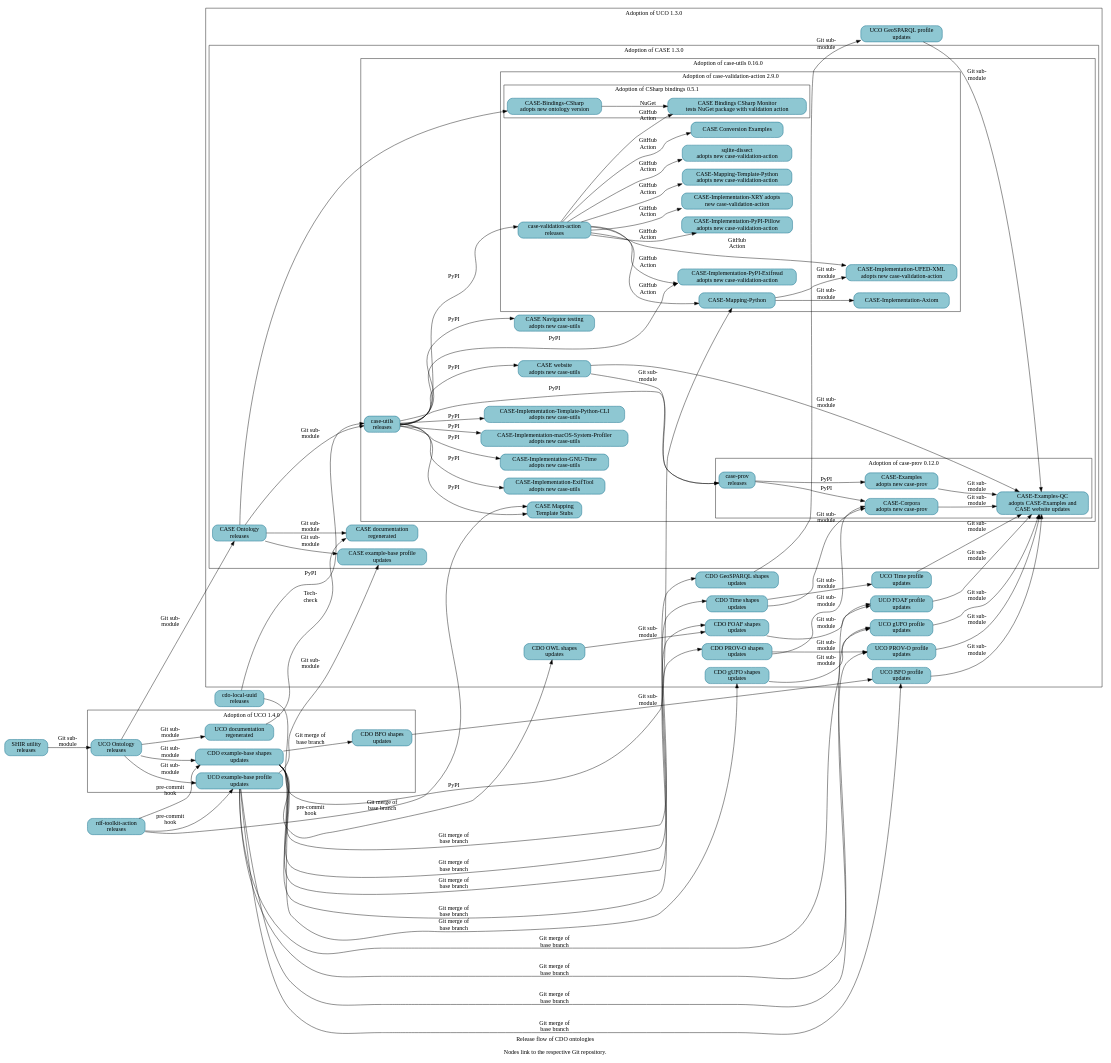
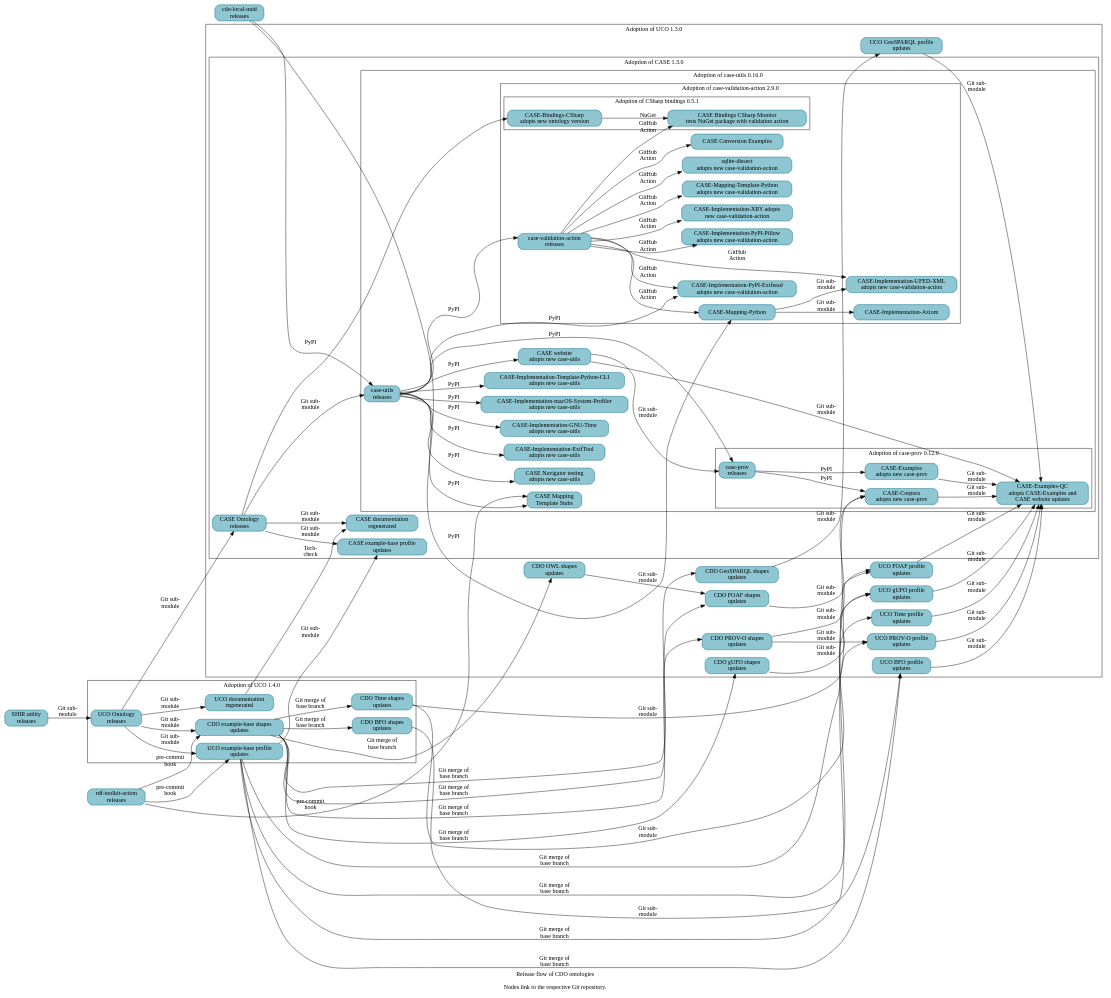
One commit to Cyber-Domain-Ontology/cdo.github.io changed the diagram in resources/project_release_flow.dot. Above: the diagram before and after it, drawn with Graphviz. The commit also changed other lines of this file, not shown here.

```diff
--- a/resources/project_release_flow.dot
+++ b/resources/project_release_flow.dot
@@ -15,7 +15,6 @@
     _GH__CYBER_DOMAIN_ONTOLOGY__CDO_SHAPES_GUFO [URL="https://github.com/Cyber-Domain-Ontology/CDO-Shapes-gufo" label="CDO gUFO shapes\nupdates"] ;
     _GH__CYBER_DOMAIN_ONTOLOGY__CDO_SHAPES_OWL [URL="https://github.com/Cyber-Domain-Ontology/CDO-Shapes-OWL" label="CDO OWL shapes\nupdates"] ;
     _GH__CYBER_DOMAIN_ONTOLOGY__CDO_SHAPES_PROV_O [URL="https://github.com/Cyber-Domain-Ontology/CDO-Shapes-PROV-O" label="CDO PROV-O shapes\nupdates"] ;
-    _GH__CYBER_DOMAIN_ONTOLOGY__CDO_SHAPES_TIME [URL="https://github.com/Cyber-Domain-Ontology/CDO-Shapes-Time" label="CDO Time shapes\nupdates"] ;
     _GH__UCOPROJECT__UCO_PROFILE_BFO [URL="https://github.com/ucoProject/UCO-Profile-BFO" label="UCO BFO profile\nupdates"] ;
     _GH__UCOPROJECT__UCO_PROFILE_FOAF [URL="https://github.com/ucoProject/UCO-Profile-FOAF" label="UCO FOAF profile\nupdates"] ;
     _GH__UCOPROJECT__UCO_PROFILE_GEOSPARQL [URL="https://github.com/ucoProject/UCO-Profile-GeoSPARQL" label="UCO GeoSPARQL profile\nupdates"] ;
@@ -81,6 +80,7 @@
 
     _GH__CYBER_DOMAIN_ONTOLOGY__CDO_SHAPES_BFO [URL="https://github.com/Cyber-Domain-Ontology/CDO-Shapes-BFO" label="CDO BFO shapes\nupdates"] ;
     _GH__CYBER_DOMAIN_ONTOLOGY__CDO_SHAPES_EXAMPLE [URL="https://github.com/Cyber-Domain-Ontology/CDO-Shapes-Example" label="CDO example-base shapes\nupdates"] ;
+    _GH__CYBER_DOMAIN_ONTOLOGY__CDO_SHAPES_TIME [URL="https://github.com/Cyber-Domain-Ontology/CDO-Shapes-Time" label="CDO Time shapes\nupdates"] ;
     _GH__UCOPROJECT__ONTOLOGY_UNIFIEDCYBERONTOLOGY_ORG [URL="https://github.com/ucoProject/ontology.unifiedcyberontology.org" label="UCO documentation\nregenerated"] ;
     _GH__UCOPROJECT__UCO [URL="https://github.com/ucoProject/UCO" label="UCO Ontology\nreleases"] ;
     _GH__UCOPROJECT__UCO_PROFILE_EXAMPLE [URL="https://github.com/ucoProject/UCO-Profile-Example" label="UCO example-base profile\nupdates"] ;
```
